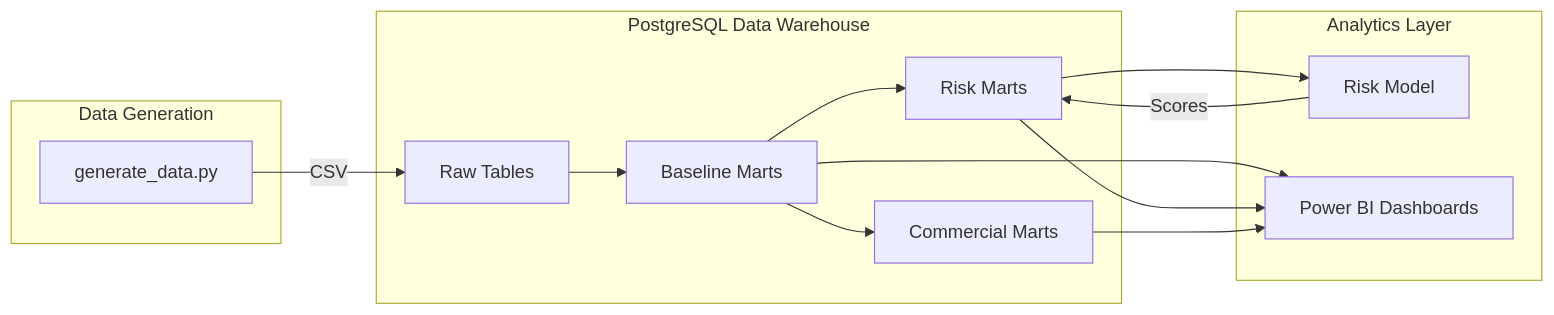
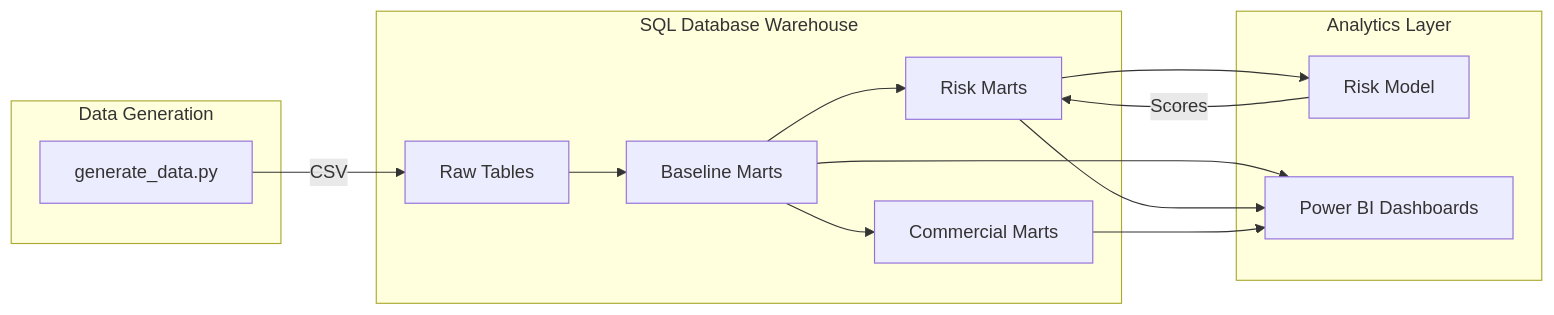
The diagram in README.md (edison1006/Financial-Industry-Risk-Data-Analysis), drawn with Mermaid before and after one commit. The commit also changed other lines of this file and 47 other files, not shown here.

````diff
--- a/README.md
+++ b/README.md
@@ -16,20 +16,20 @@
 ```mermaid
 flowchart LR
   subgraph generation [Data Generation]
     GenPy[generate_data.py]
   end
-  subgraph postgres [PostgreSQL Data Warehouse]
+  subgraph database [SQL Database Warehouse]
     Raw[Raw Tables] --> BaseMarts[Baseline Marts]
     BaseMarts --> RiskMarts[Risk Marts]
     BaseMarts --> CommMarts[Commercial Marts]
   end
   subgraph analytics [Analytics Layer]
     RiskModel[Risk Model]
     PowerBI[Power BI Dashboards]
   end
   GenPy -->|CSV| Raw
   RiskMarts --> RiskModel -->|Scores| RiskMarts
   BaseMarts --> PowerBI
   RiskMarts --> PowerBI
   CommMarts --> PowerBI
 ```
````
